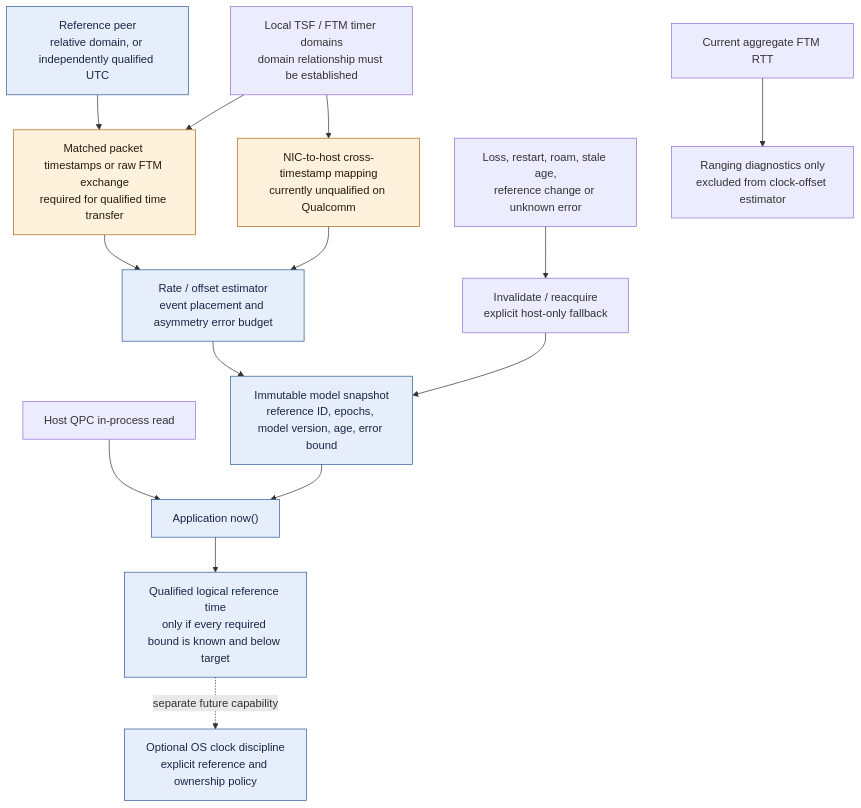
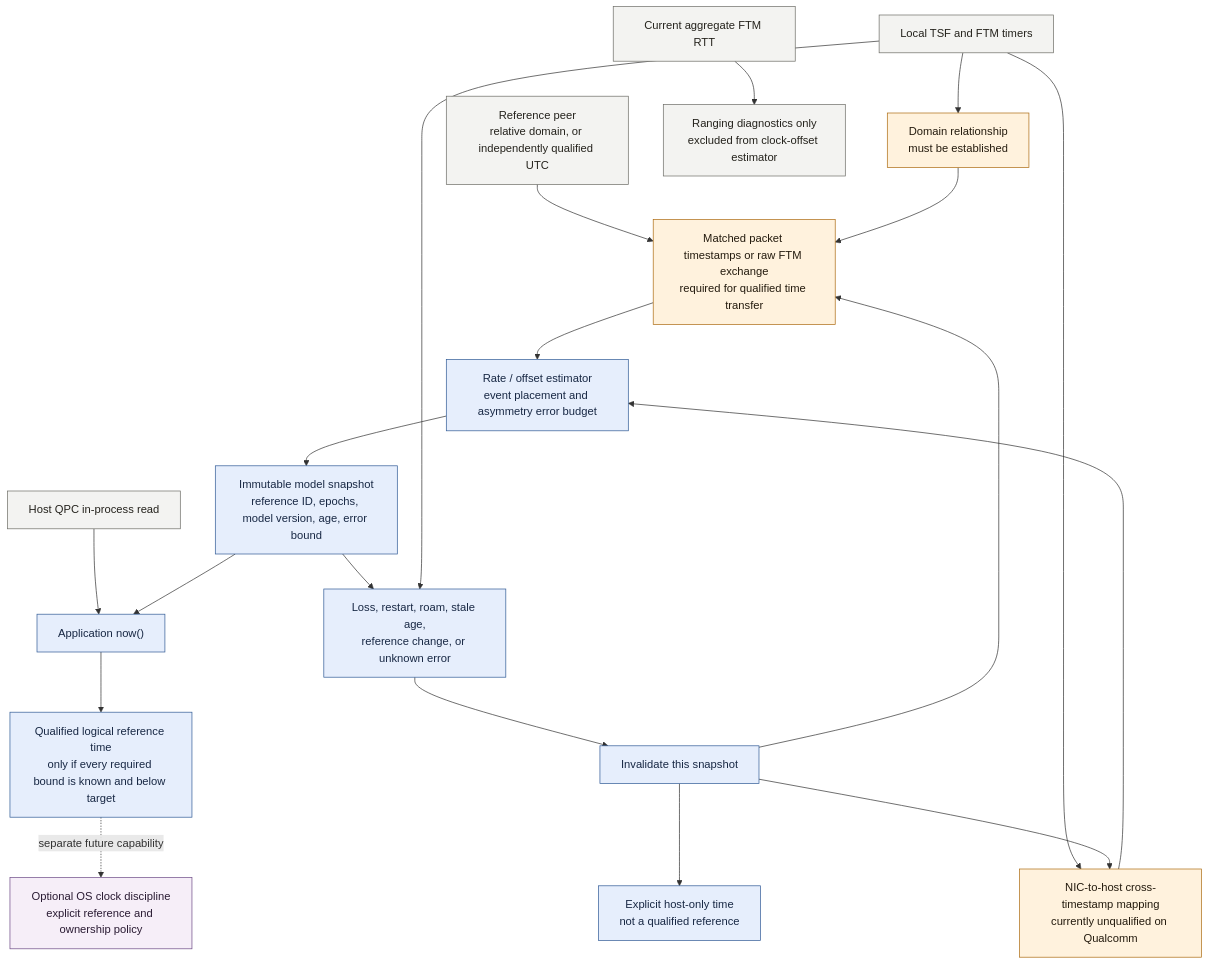
One commit to Protonmatter/wifi-hardware-time changed the diagram in docs/diagrams/adoption-timestamp-path.mmd. Above: the diagram before and after it, drawn with Mermaid.

Commit message:
Update mermaid diagram for timestamp adoption flow

````diff
--- a/docs/diagrams/adoption-timestamp-path.mmd
+++ b/docs/diagrams/adoption-timestamp-path.mmd
@@ -1,18 +1,31 @@
+```mermaid
 flowchart TB
   REF["Reference peer<br/>relative domain, or independently qualified UTC"] --> P["Matched packet timestamps or raw FTM exchange<br/>required for qualified time transfer"]
-  NIC["Local TSF / FTM timer domains<br/>domain relationship must be established"] --> P
+  NIC["Local TSF and FTM timers"] --> REL["Domain relationship<br/>must be established"]
+  REL --> P
   NIC --> C["NIC-to-host cross-timestamp mapping<br/>currently unqualified on Qualcomm"]
   P --> EST["Rate / offset estimator<br/>event placement and asymmetry error budget"]
   C --> EST
+  EST --> SNAP["Immutable model snapshot<br/>reference ID, epochs, model version, age, error bound"]
   Q["Host QPC in-process read"] --> FAST["Application now()"]
-  EST --> SNAP["Immutable model snapshot<br/>reference ID, epochs, model version, age, error bound"]
   SNAP --> FAST
-  CHECK["Loss, restart, roam, stale age,<br/>reference change or unknown error"] --> INVALID["Invalidate / reacquire<br/>explicit host-only fallback"]
-  INVALID --> SNAP
+  SNAP --> CHECK["Loss, restart, roam, stale age,<br/>reference change, or unknown error"]
+  NIC --> CHECK
+  CHECK --> INVALID["Invalidate this snapshot"]
+  INVALID --> HOST["Explicit host-only time<br/>not a qualified reference"]
+  INVALID --> P
+  INVALID --> C
   FAST --> OUT["Qualified logical reference time<br/>only if every required bound is known and below target"]
-  OUT -. "separate future capability" .-> OS["Optional OS clock discipline<br/>explicit reference and ownership policy"]
+  OUT -.->|"separate future capability"| OS["Optional OS clock discipline<br/>explicit reference and ownership policy"]
   FTM["Current aggregate FTM RTT"] --> DIAG["Ranging diagnostics only<br/>excluded from clock-offset estimator"]
-  classDef missing fill:#fff2dd,stroke:#ac6b12,color:#241b0e;
-  classDef proposed fill:#e6eefc,stroke:#315b96,color:#182844;
-  class P,C missing;
-  class REF,EST,SNAP,FAST,OUT,OS proposed;
+
+  classDef missing fill:#fff2dd,stroke:#ac6b12,color:#241b0e
+  classDef proposed fill:#e6eefc,stroke:#315b96,color:#182844
+  classDef existing fill:#f3f3f1,stroke:#6d6d67,color:#24221c
+  classDef future fill:#f6eef8,stroke:#6d4a86,color:#2a1b33
+
+  class P,C,REL missing
+  class EST,SNAP,FAST,CHECK,INVALID,OUT,HOST proposed
+  class REF,NIC,Q,FTM,DIAG existing
+  class OS future
+```
````
